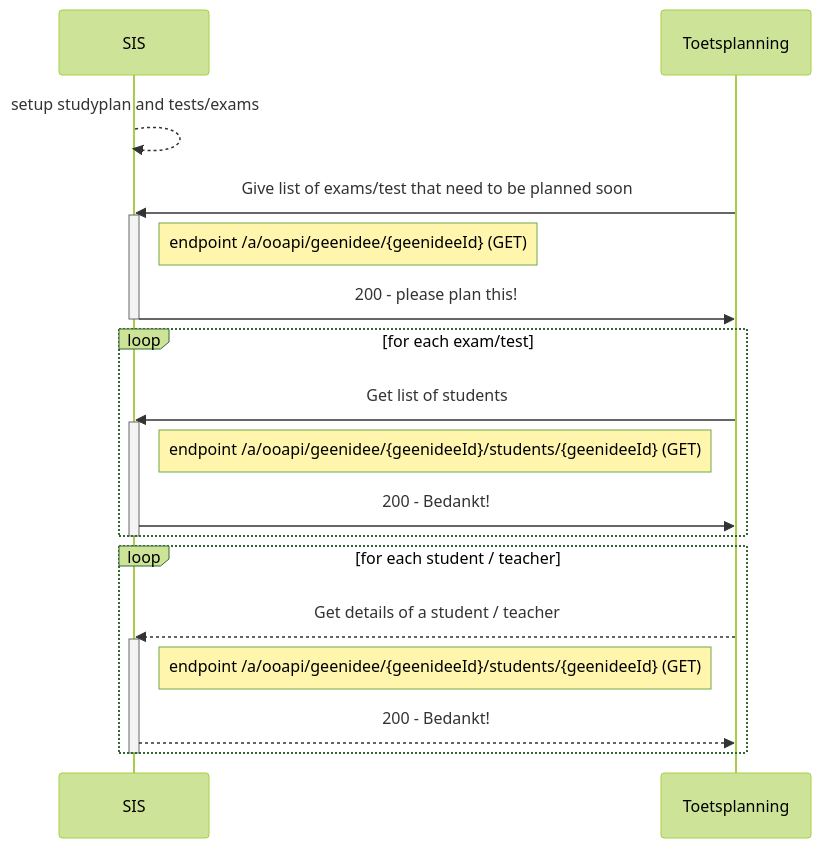
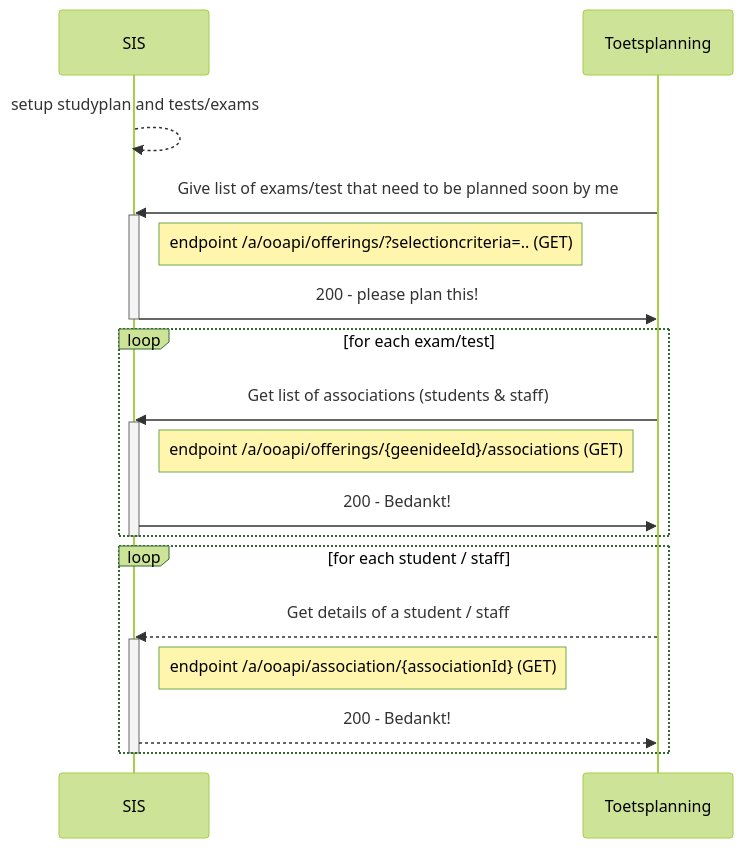
Before and after one commit to NetwerkExamineringDigitalisering/NED-OOAPI: the first of 2 diagrams in doc/flow1.md, drawn with Mermaid (forest theme). The commit also changed other lines of this file, not shown here.

````diff
--- a/doc/flow1.md
+++ b/doc/flow1.md
@@ -22,28 +27,28 @@
 ```mermaid
 sequenceDiagram
     participant SIS
     participant Toetsplanning
     SIS-->>SIS: setup studyplan and tests/exams
-    Toetsplanning->>SIS : Give list of exams/test that need to be planned soon
+    Toetsplanning->>SIS : Give list of exams/test that need to be planned soon by me
     activate SIS
-    Note right of SIS: endpoint /a/ooapi/geenidee/{geenideeId} (GET)
+    Note right of SIS: endpoint /a/ooapi/offerings/?selectioncriteria=.. (GET)
     SIS->>Toetsplanning : 200 - please plan this!
     deactivate SIS
 
     loop for each exam/test
-        Toetsplanning->>SIS: Get list of students
+        Toetsplanning->>SIS: Get list of associations (students & staff)
         activate SIS
-        Note right of SIS: endpoint /a/ooapi/geenidee/{geenideeId}/students/{geenideeId} (GET)
+        Note right of SIS: endpoint /a/ooapi/offerings/{geenideeId}/associations (GET)
         SIS->>Toetsplanning: 200 - Bedankt!
     end
     deactivate SIS
 
-    loop for each student / teacher
-        Toetsplanning-->>SIS: Get details of a student / teacher
+    loop for each student / staff
+        Toetsplanning-->>SIS: Get details of a student / staff
         activate SIS
-        Note right of SIS: endpoint /a/ooapi/geenidee/{geenideeId}/students/{geenideeId} (GET)
+        Note right of SIS: endpoint /a/ooapi/association/{associationId} (GET)
         SIS-->>Toetsplanning: 200 - Bedankt!
     end
     deactivate SIS
 
 ```
````
